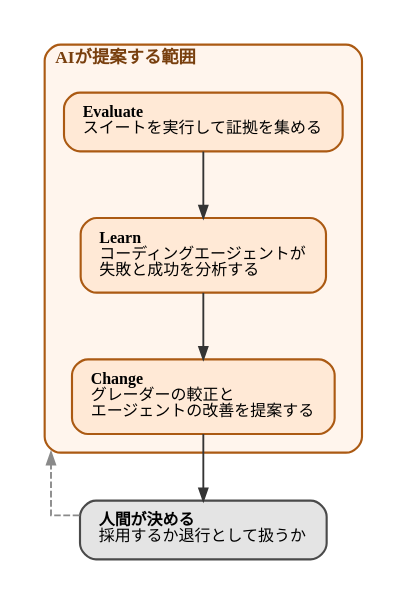
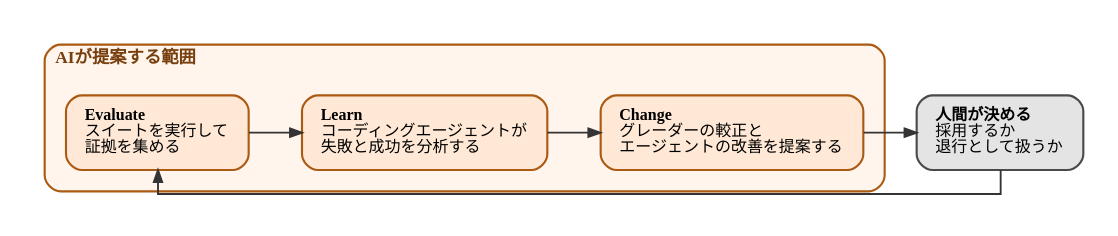
One commit to ymotongpoo/zenn.dev changed the diagram in diagrams/20260929-agent-eval-loop/20260929-eval-loop.dot. Above: the diagram before and after it, drawn with Graphviz. The commit also changed 2 other files, not shown here.

Commit message:
fix(diagrams): 図3の戻りを実線にしEvaluateまで届かせる
「人間が決める」から Evaluate への戻りを破線で描いていたが、これは周回の
本筋であり規範の線の使い分け（実線=順方向の流れ、破線=従属・非同期・
成立しない経路）に反していた。実線に変更した。

あわせて矢印がEvaluateに届いていなかった問題を解消。縦組みでは戻りの辺が
  - lhead=cluster_auto を付けるとクラスタ枠で止まりEvaluateに届かない
  - 付けないと枠の内側を這う
のどちらかになるため、rankdir=LR の横組みに変更して周回を左から右へ回し、
戻りの辺が枠の下を通ってEvaluateに届く形にした。試した設定と却下の理由は
.dot のコメントに記録。

横長（比4.88）になったためDPIを90に下げて1027pxで書き出し、文字が読めることを
目視で確認。辺のラベルは不可視スペーサーの辺がラベルに近くなり
LABEL-MISATTRIBUTED になるため付けず、意味はキャプションで述べる。

本文にも人間の判断後にEvaluateへ戻ることを明記した。

```diff
--- a/diagrams/20260929-agent-eval-loop/20260929-eval-loop.dot
+++ b/diagrams/20260929-agent-eval-loop/20260929-eval-loop.dot
@@ -1,77 +1,72 @@
 // 記事「オブザーバビリティのAIエージェントをどう評価するか」用。
 // Evaluate / Learn / Change の3段と、人間が決める位置を示す。
 //
 // 出典: Yasir Ekinci「Building an evaluation loop for Grafana Assistant」
 // "It is a practical loop where AI proposes, benchmarks verify, and humans decide."
 //
 // 色はブランドパレットに従う。周回の3段は主系列（Orange）、人間の判断は中立（Neutral）。
-// 規範: クラスタをまたぐ辺にラベルを付けない（枠線を跨ぐため）。
+// 矢印はすべて実線（周回の本筋であり、従属・非同期の経路はない）。
 //
-// 戻りの破線は、始点(human)がクラスタ外・終点(evaluate)がクラスタ内のため
-// dot は既定では枠の内側を這う経路を引く。対策を2つ重ねている:
-//   1. lhead=cluster_auto で破線を枠の外側で止める（内側通過を解消）
-//   2. human の左に不可視スペーサーを置き rank=same で human を右へ寄せて、
-//      破線が枠から離れた位置を通るようにする（枠との距離 1.2pt → 11.1pt）
-// cluster の margin を広げる方法では内側を這う問題が解決しないため使わない。
+// 人間の判断を右側の別ランクに置き、rankdir=LR で周回を左から右へ回す。
+// 縦組み（rankdir=TB）で human を下に置くと、戻りの辺が
+//   - lhead=cluster_auto を付ければクラスタ枠で止まって Evaluate に届かない
+//   - 付けなければ枠の内側を這う
+// のどちらかになるため、この配置にした。横組みなら戻りの辺が枠の上を
+// 通って Evaluate の上端に素直に届く。
+//
+// 辺のラベルは付けない（クラスタをまたぐ辺は枠線を跨ぐため）。矢印の意味は
+// キャプションで宣言する。
 digraph eval_loop {
   graph [
     fontname="IBM Plex Sans JP", fontsize=13,
-    rankdir=TB,
+    rankdir=LR,
     compound=true, splines=ortho,
-    nodesep=0.45, ranksep=0.7, pad=0.25,
+    nodesep=0.4, ranksep=0.55, pad=0.25,
     bgcolor="white", newrank=true
   ];
   node [
     fontname="IBM Plex Sans JP", fontsize=12,
     shape=box, style="rounded,filled",
     fillcolor="#F1F1F1", color="#4A4A4A", penwidth=1.6,
     margin="0.2,0.14"
   ];
   edge [
     fontname="IBM Plex Sans JP", fontsize=11,
     color="#343434", penwidth=1.4, arrowsize=0.9,
     fontcolor="#171717"
   ];
 
   subgraph cluster_auto {
     graph [
       label=<<b>AIが提案する範囲</b>>,
       labeljust="l",
       style="rounded", color="#AB5A13", penwidth=1.6,
-      margin=14, bgcolor="#FFF5ED",
+      margin=16, bgcolor="#FFF5ED",
       fontcolor="#783F0E"
     ];
 
     evaluate [
-      label=<<b>Evaluate</b><br align="left"/>スイートを実行して証拠を集める<br align="left"/>>,
+      label=<<b>Evaluate</b><br align="left"/>スイートを実行して<br align="left"/>証拠を集める<br align="left"/>>,
       fillcolor="#FFE9D6", color="#AB5A13"
     ];
     learn [
       label=<<b>Learn</b><br align="left"/>コーディングエージェントが<br align="left"/>失敗と成功を分析する<br align="left"/>>,
       fillcolor="#FFE9D6", color="#AB5A13"
     ];
     change [
       label=<<b>Change</b><br align="left"/>グレーダーの較正と<br align="left"/>エージェントの改善を提案する<br align="left"/>>,
       fillcolor="#FFE9D6", color="#AB5A13"
     ];
 
     evaluate -> learn;
     learn -> change;
   }
 
-  spacer [style=invis, shape=point, width=0.4, height=0.01, label=""];
-
   human [
-    label=<<b>人間が決める</b><br align="left"/>採用するか退行として扱うか<br align="left"/>>,
+    label=<<b>人間が決める</b><br align="left"/>採用するか<br align="left"/>退行として扱うか<br align="left"/>>,
     fillcolor="#E4E4E4", color="#4A4A4A"
   ];
 
-  { rank=same; spacer; human; }
-  spacer -> human [style=invis, minlen=0];
-
   change -> human;
-  human -> evaluate [
-    style=dashed, color="#8A8A8A", constraint=false,
-    lhead=cluster_auto
-  ];
+  human -> evaluate [constraint=false];
 }
```
